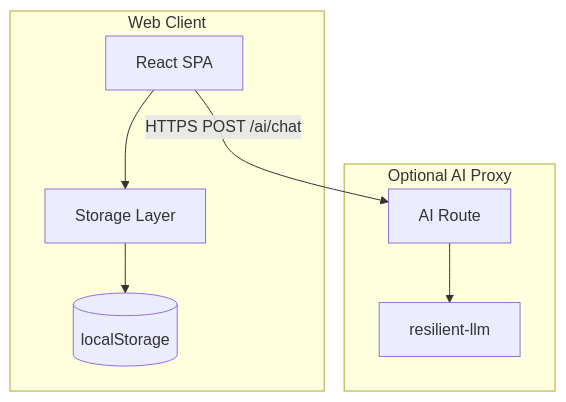
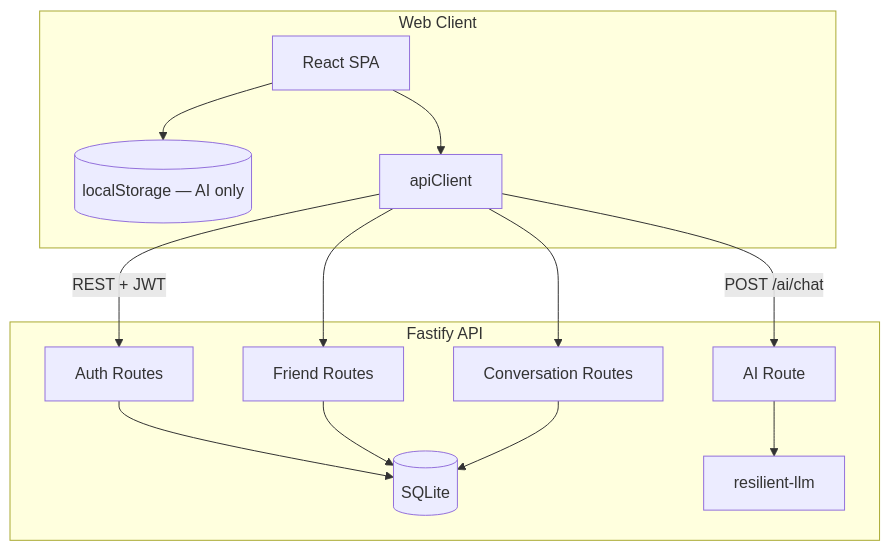
The first of 3 diagrams in TECHNICAL_DESIGN.md (AINativeSchool/demo-school-chat), drawn with Mermaid before and after one commit. The commit also changed other lines of this file and 64 other files, not shown here.

````diff
--- a/TECHNICAL_DESIGN.md
+++ b/TECHNICAL_DESIGN.md
@@ -21,18 +24,28 @@
 ```mermaid
 flowchart TB
   subgraph client [Web Client]
     SPA[React SPA]
-    LS[(localStorage)]
-    Store[Storage Layer]
+    LS[(localStorage — AI only)]
+    ApiClient[apiClient]
   end
 
-  subgraph server [Optional AI Proxy]
+  subgraph server [Fastify API]
+    Auth[Auth Routes]
+    Friends[Friend Routes]
+    Chat[Conversation Routes]
     AI[AI Route]
+    DB[(SQLite)]
     LLM[resilient-llm]
   end
 
-  SPA --> Store
-  Store --> LS
-  SPA -->|HTTPS POST /ai/chat| AI
+  SPA --> ApiClient
+  SPA --> LS
+  ApiClient -->|REST + JWT| Auth
+  ApiClient --> Friends
+  ApiClient --> Chat
+  ApiClient -->|POST /ai/chat| AI
+  Auth --> DB
+  Friends --> DB
+  Chat --> DB
   AI --> LLM
 ```
````
